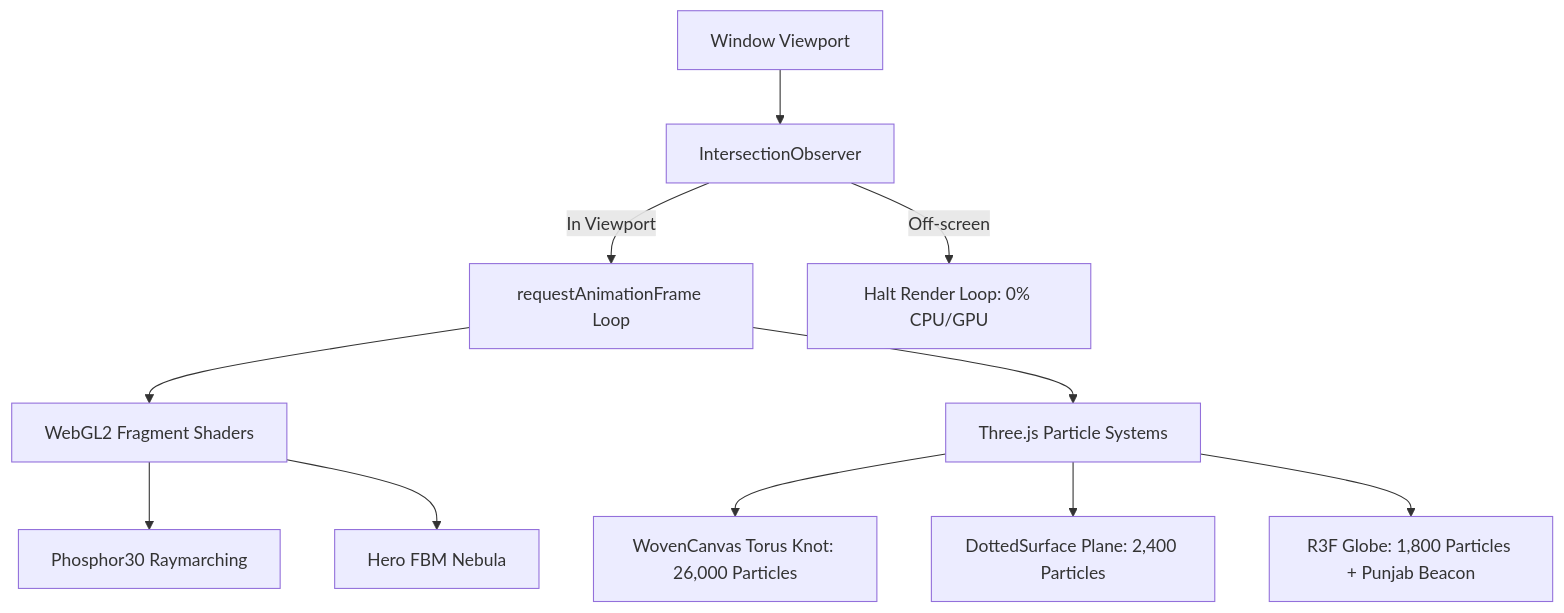
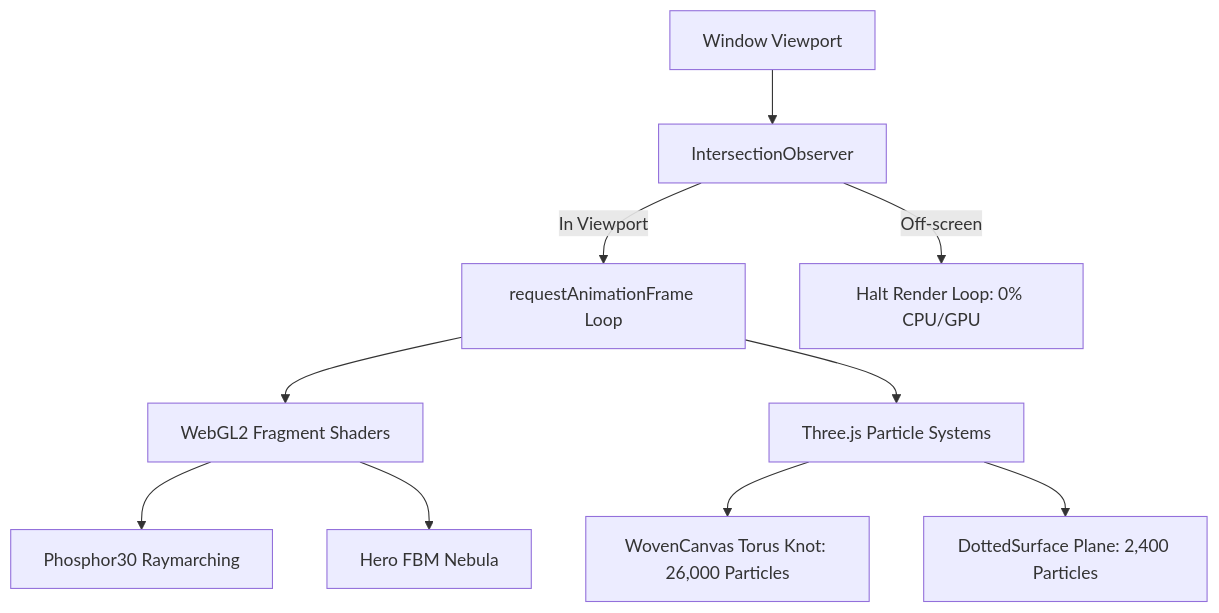
The first of 3 diagrams in README.md (Agam348/matrix), drawn with Mermaid before and after one commit. The commit also changed other lines of this file and 11 other files, not shown here.

````diff
--- a/README.md
+++ b/README.md
@@ -202,13 +211,12 @@
 ```mermaid
 graph TD
     A[Window Viewport] --> B[IntersectionObserver]
     B -->|In Viewport| C[requestAnimationFrame Loop]
     B -->|Off-screen| D[Halt Render Loop: 0% CPU/GPU]
     C --> E[WebGL2 Fragment Shaders]
     C --> F[Three.js Particle Systems]
     E --> G[Phosphor30 Raymarching]
     E --> H[Hero FBM Nebula]
     F --> I[WovenCanvas Torus Knot: 26,000 Particles]
     F --> J[DottedSurface Plane: 2,400 Particles]
-    F --> K[R3F Globe: 1,800 Particles + Punjab Beacon]
 ```
````
